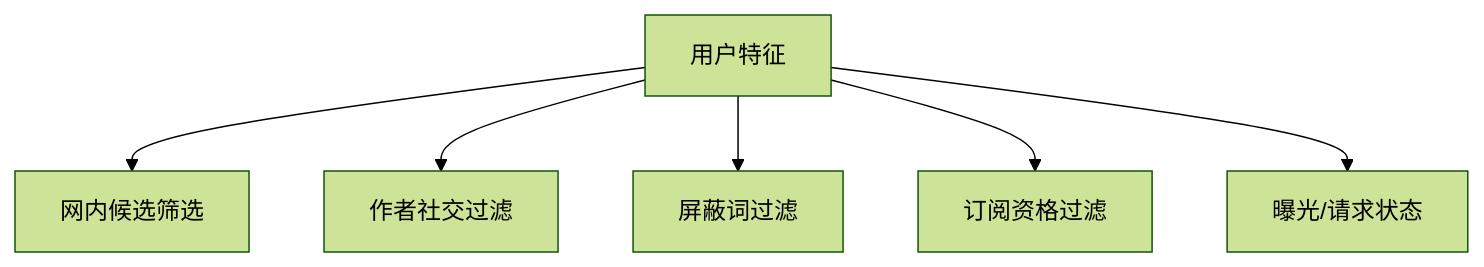
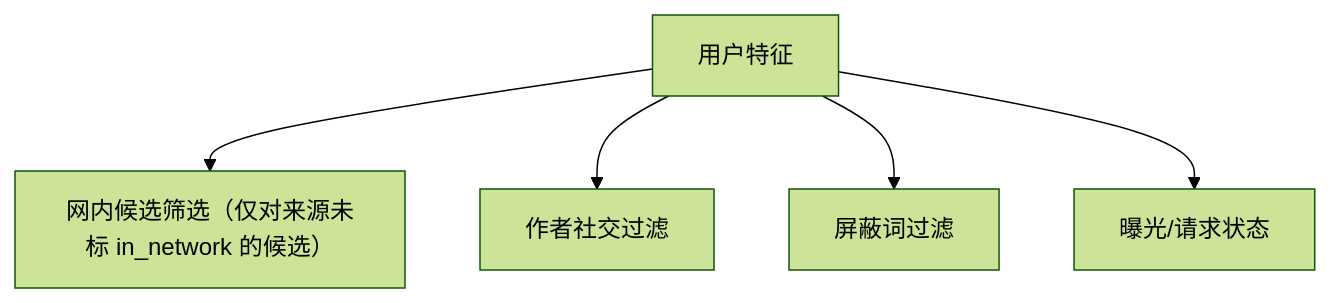
One commit to freefcw/x-algorithm changed the fourth of 6 diagrams in docs/bootstrap/05-真实数据和业务依赖接入.md. Above: the diagram before and after it, drawn with Mermaid (forest theme). The commit also changed other lines of this file and 21 other files, not shown here.

````diff
--- a/docs/bootstrap/05-真实数据和业务依赖接入.md
+++ b/docs/bootstrap/05-真实数据和业务依赖接入.md
@@ -147,8 +149,7 @@
 ```mermaid
 flowchart TD
-    SF[用户特征] --> IN[网内候选筛选]
+    SF[用户特征] --> IN[网内候选筛选（仅对来源未标 in_network 的候选）]
     SF --> AS[作者社交过滤]
     SF --> MK[屏蔽词过滤]
-    SF --> SUB[订阅资格过滤]
     SF --> CACHE[曝光/请求状态]
 ```
````
